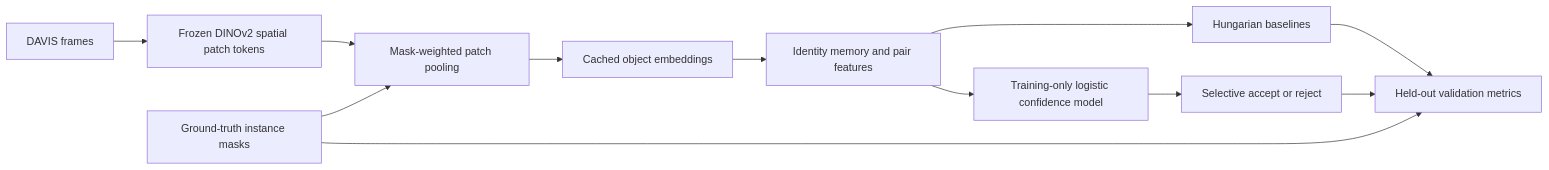
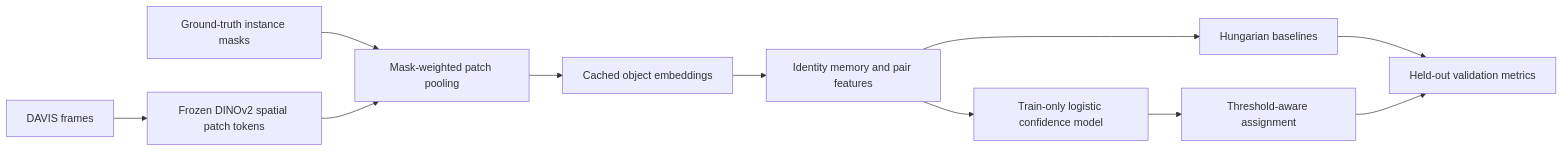
The diagram in README.md (Arian-jafari/occlusion-aware-object-centric-learning), drawn with Mermaid before and after one commit. The commit also changed other lines of this file and 10 other files, not shown here.

````diff
--- a/README.md
+++ b/README.md
@@ -17,14 +34,13 @@
 ```mermaid
 flowchart LR
     A[DAVIS frames] --> B[Frozen DINOv2 spatial patch tokens]
     C[Ground-truth instance masks] --> D[Mask-weighted patch pooling]
     B --> D
     D --> E[Cached object embeddings]
     E --> F[Identity memory and pair features]
     F --> G[Hungarian baselines]
-    F --> H[Training-only logistic confidence model]
-    H --> I[Selective accept or reject]
+    F --> H[Train-only logistic confidence model]
+    H --> I[Threshold-aware assignment]
     G --> J[Held-out validation metrics]
     I --> J
-    C --> J
 ```
````
